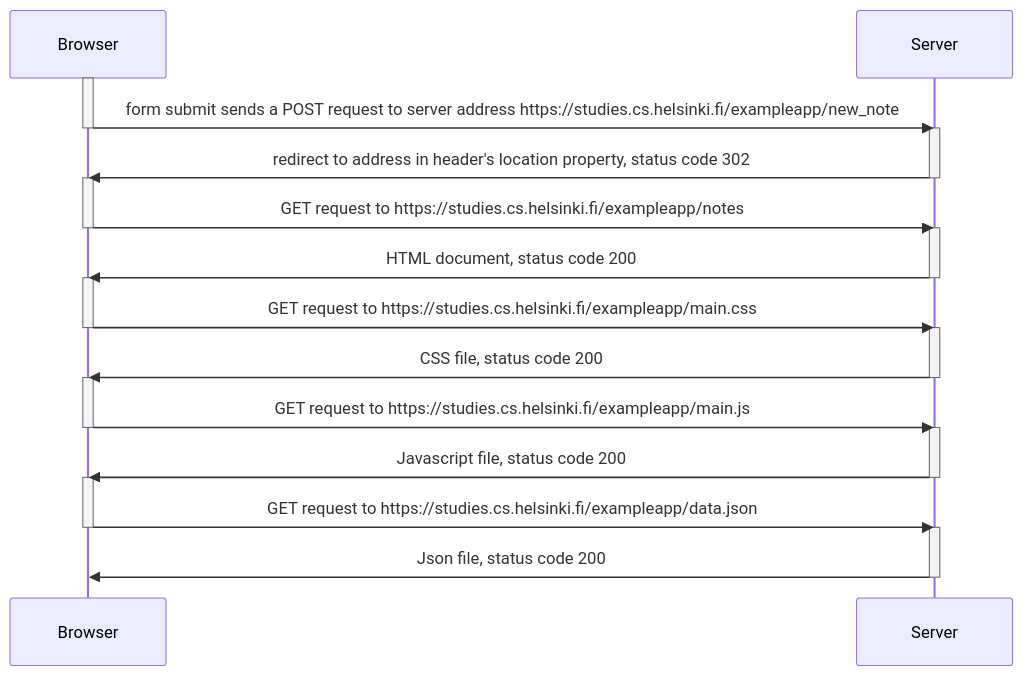
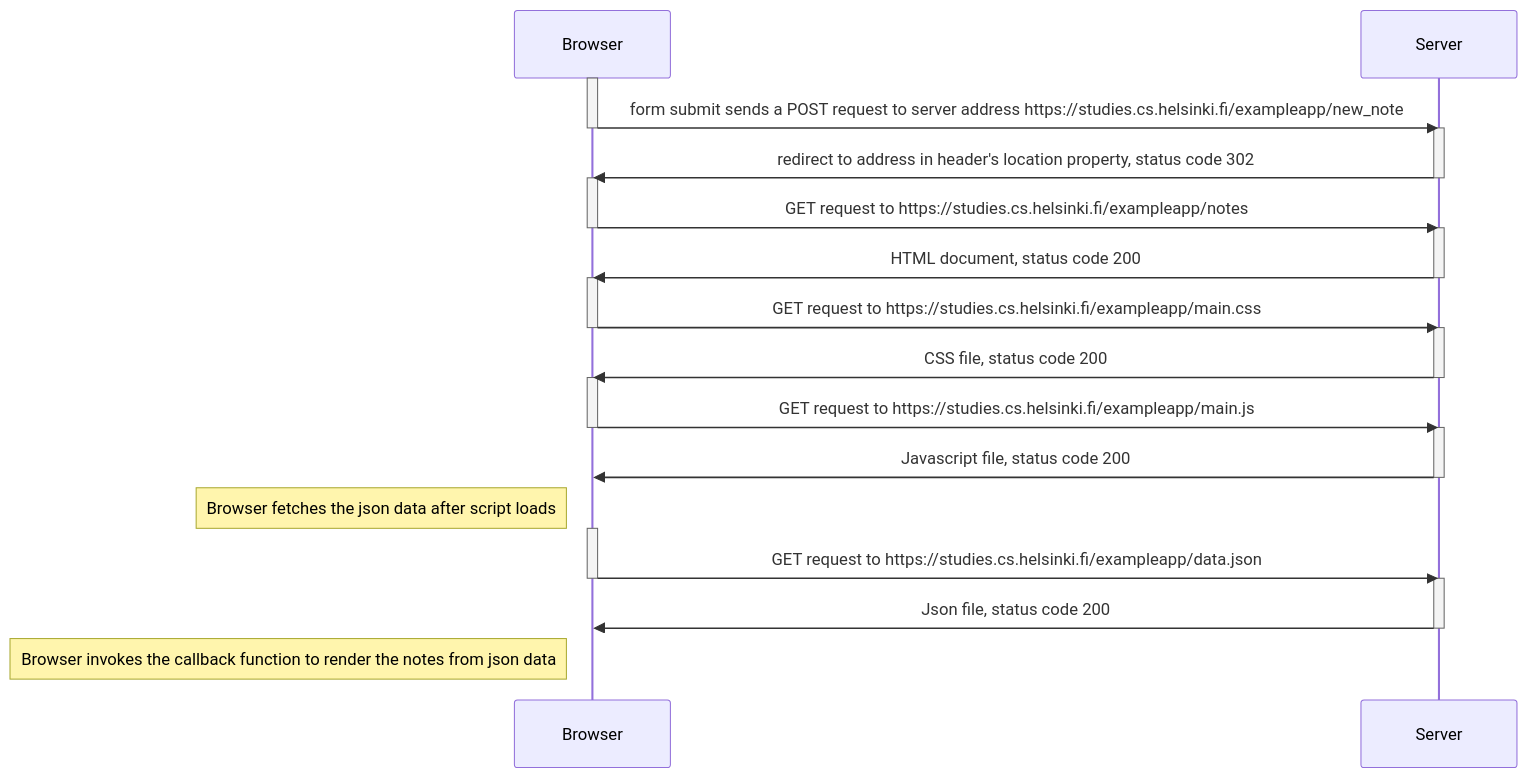
One commit to GaneshS288/FullStackOpen_Part_0 changed the diagram in Excercise 0.4/excercise_0.4.md. Above: the diagram before and after it, drawn with Mermaid.

Commit message:
edit excercise 0.4

````diff
--- a/Excercise 0.4/excercise_0.4.md
+++ b/Excercise 0.4/excercise_0.4.md
@@ -9,42 +9,46 @@
 ```mermaid
 
 sequenceDiagram
 participant Browser
 participant Server
 
 activate Browser
 Browser ->>Server: form submit sends a POST request to server address https://studies.cs.helsinki.fi/exampleapp/new_note
 deactivate Browser
 activate Server
 Server ->>Browser: redirect to address in header's location property, status code 302
 deactivate Server
 
 activate Browser
 Browser->>Server: GET request to https://studies.cs.helsinki.fi/exampleapp/notes
 deactivate Browser
 activate Server
 Server->>Browser: HTML document, status code 200
 deactivate Server
 
 activate Browser
 Browser->>Server: GET request to https://studies.cs.helsinki.fi/exampleapp/main.css
 deactivate Browser
 activate Server
 Server->>Browser: CSS file, status code 200
 deactivate Server
 
 activate Browser
 Browser->>Server: GET request to https://studies.cs.helsinki.fi/exampleapp/main.js
 deactivate Browser
 activate Server
 Server->>Browser: Javascript file, status code 200
 deactivate Server
 
+Note left of Browser: Browser fetches the json data after script loads
+
 activate Browser
 Browser->>Server: GET request to https://studies.cs.helsinki.fi/exampleapp/data.json
 deactivate Browser
 activate Server
 Server->>Browser: Json file, status code 200
 deactivate Server
 
+Note left of Browser: Browser invokes the callback function to render the notes from json data
+
 ```
````
